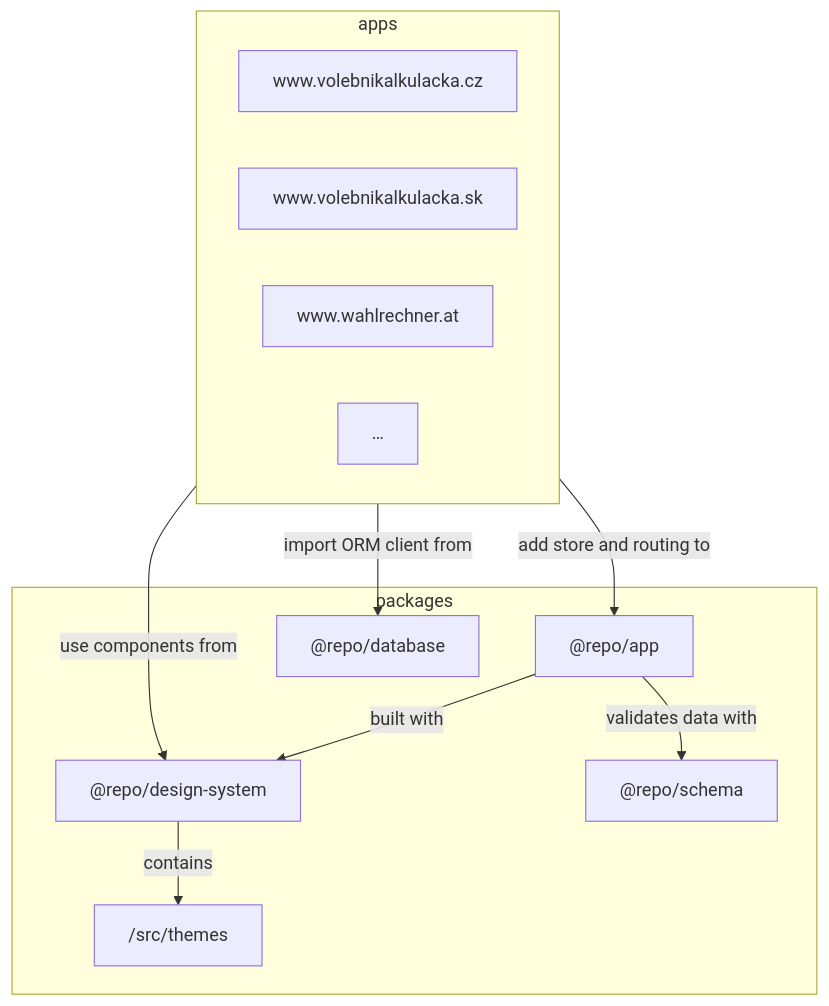
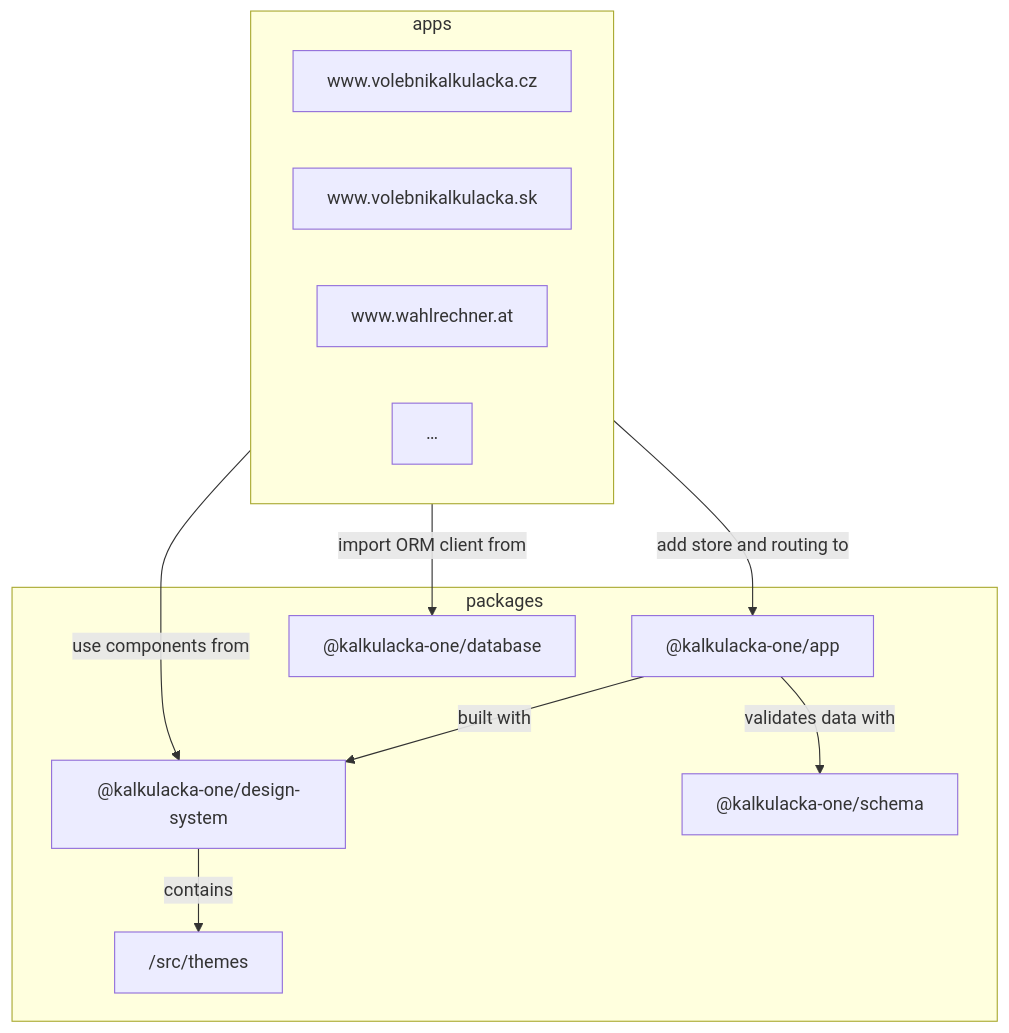
One commit to kalkulacka-one/kalkulacka changed the diagram in docs/architecture.md. Above: the diagram before and after it, drawn with Mermaid. The commit also changed 104 other files, not shown here.

First line of the commit message:
Switch package scope from @repo/* to @kalkulacka-one/*

````diff
--- a/docs/architecture.md
+++ b/docs/architecture.md
@@ -10,24 +10,24 @@
 ```mermaid
 graph TD
   subgraph apps [apps]
     CZ["www.​volebnikalkulacka.cz"]
     SK["www.​volebnikalkulacka.sk"]
     AT["www.​wahlrechner.at"]
     etc["…"]
   end
   
   subgraph packages [packages]
-    design-system["`@repo/design-system`"]
+    design-system["`@kalkulacka-one/design-system`"]
     themes["`/src/themes`"]
-    app["`@repo/app`"]
-    schema["`@repo/schema`"]
-    database["`@repo/database`"]
+    app["`@kalkulacka-one/app`"]
+    schema["`@kalkulacka-one/schema`"]
+    database["`@kalkulacka-one/database`"]
   end
   
   app -->|built with| design-system
   design-system -->|contains| themes
   app -->|validates data with| schema
   apps -->|add store and routing to| app
   apps -->|use components from| design-system
   apps -->|import ORM client from| database
 ```
````
